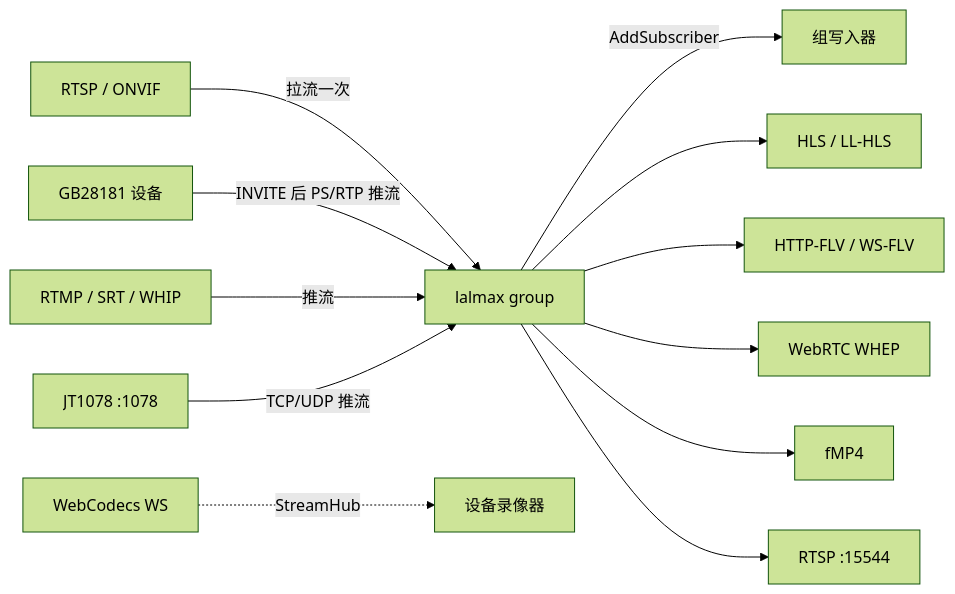
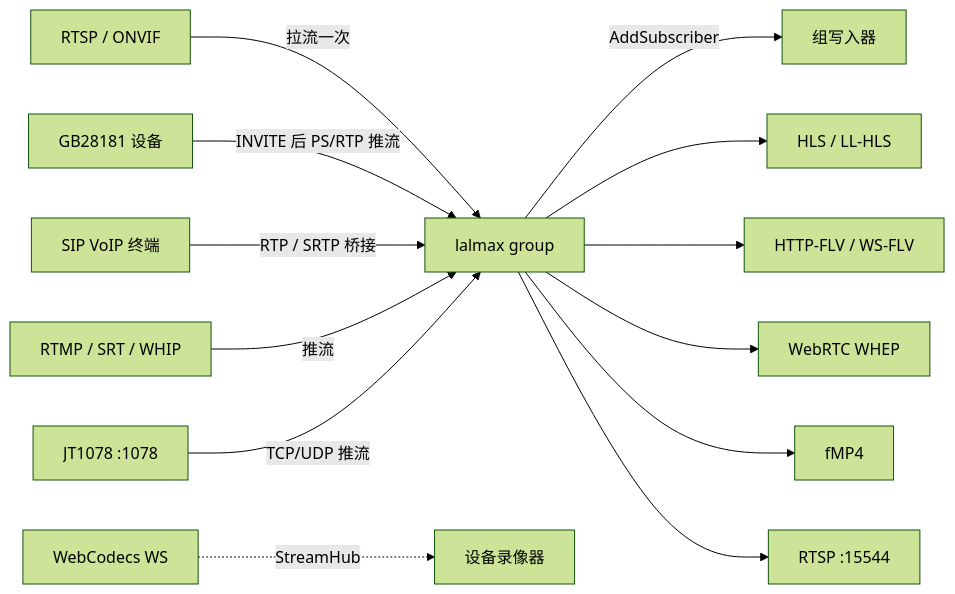
The third of 7 diagrams in docs/zh/architecture.md (lalmax-pro/lalmax-nvr), drawn with Mermaid (forest theme) before and after one commit. The commit also changed other lines of this file and 1 other file, not shown here.

Commit message:
docs: show VoIP paths in architecture diagrams

````diff
--- a/docs/zh/architecture.md
+++ b/docs/zh/architecture.md
@@ -111,14 +132,15 @@
 ```mermaid
 flowchart LR
   RTSP[RTSP / ONVIF] -->|拉流一次| G["lalmax group"]
   GB[GB28181 设备] -->|INVITE 后 PS/RTP 推流| G
+  VoIP[SIP VoIP 终端] -->|RTP / SRTP 桥接| G
   Push[RTMP / SRT / WHIP] -->|推流| G
   JT[JT1078 :1078] -->|TCP/UDP 推流| G
   G -->|AddSubscriber| Rec[组写入器]
   G --> HLS[HLS / LL-HLS]
   G --> FLV[HTTP-FLV / WS-FLV]
   G --> RTC[WebRTC WHEP]
   G --> FMP4[fMP4]
   G --> RTSPOut["RTSP :15544"]
   WS[WebCodecs WS] -.->|StreamHub| Dev[设备录像器]
 ```
````
